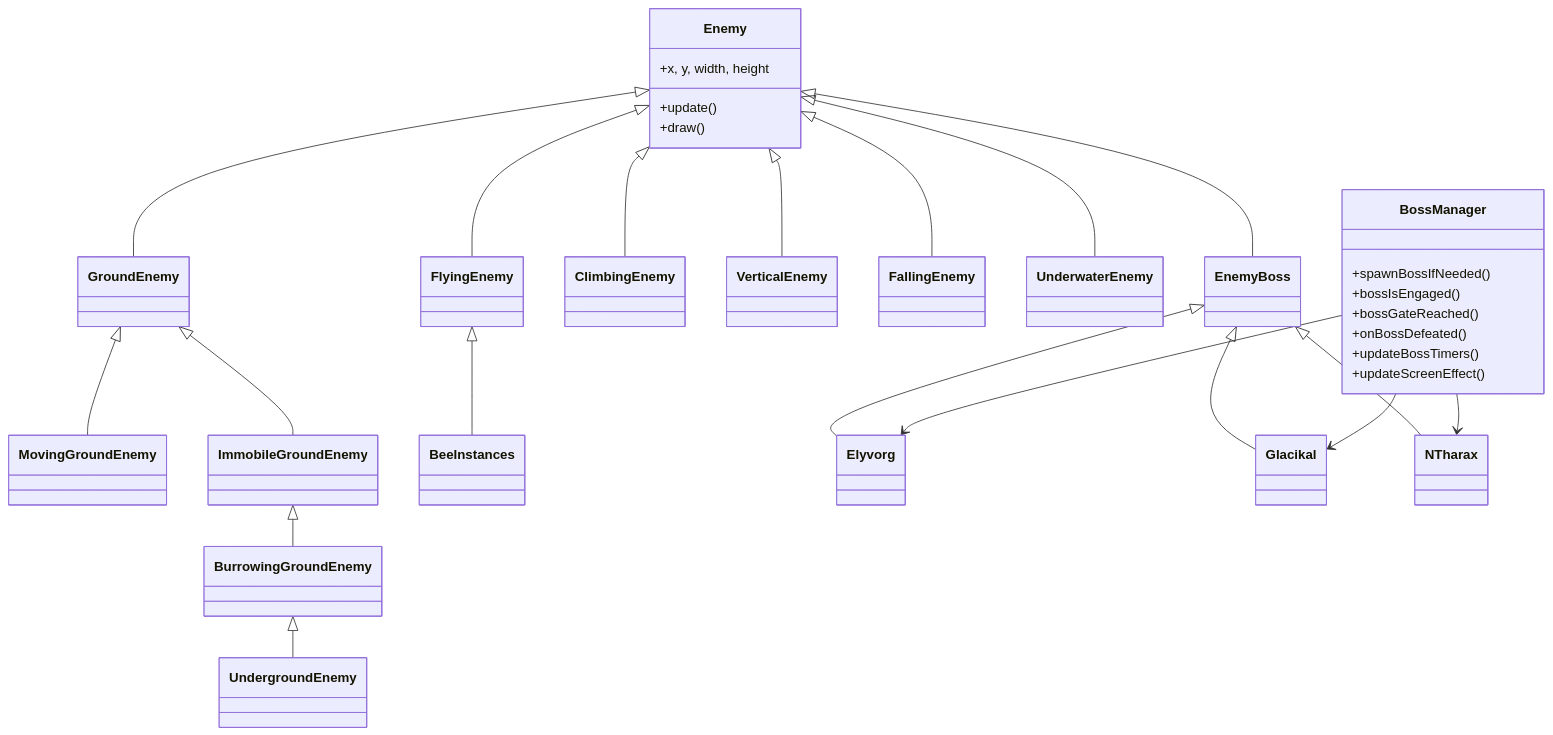
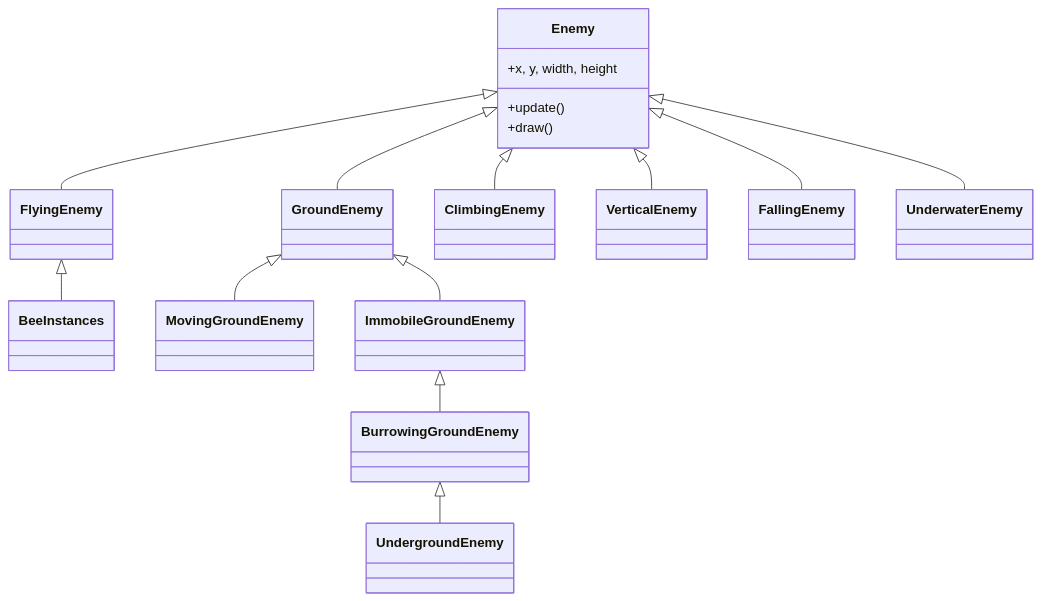
One commit to danialjivraj/firedog changed the fifth of 13 diagrams in ARCHITECTURE.md. Above: the diagram before and after it, drawn with Mermaid. The commit also changed other lines of this file, not shown here.

Commit message:
update architecture

````diff
--- a/ARCHITECTURE.md
+++ b/ARCHITECTURE.md
@@ -196,38 +165,22 @@
 ```mermaid
 classDiagram
+    direction TB
     class Enemy {
         +x, y, width, height
         +update()
         +draw()
     }
 
     Enemy <|-- FlyingEnemy
     Enemy <|-- GroundEnemy
     Enemy <|-- ClimbingEnemy
     Enemy <|-- VerticalEnemy
     Enemy <|-- FallingEnemy
     Enemy <|-- UnderwaterEnemy
-    Enemy <|-- EnemyBoss
 
+    FlyingEnemy <|-- BeeInstances
     GroundEnemy <|-- MovingGroundEnemy
     GroundEnemy <|-- ImmobileGroundEnemy
     ImmobileGroundEnemy <|-- BurrowingGroundEnemy
     BurrowingGroundEnemy <|-- UndergroundEnemy
-    FlyingEnemy <|-- BeeInstances
-
-    EnemyBoss <|-- Elyvorg
-    EnemyBoss <|-- Glacikal
-    EnemyBoss <|-- NTharax
-
-    class BossManager {
-        +spawnBossIfNeeded()
-        +bossIsEngaged()
-        +bossGateReached()
-        +onBossDefeated()
-        +updateBossTimers()
-        +updateScreenEffect()
-    }
-    BossManager --> Elyvorg
-    BossManager --> Glacikal
-    BossManager --> NTharax
 ```
````
